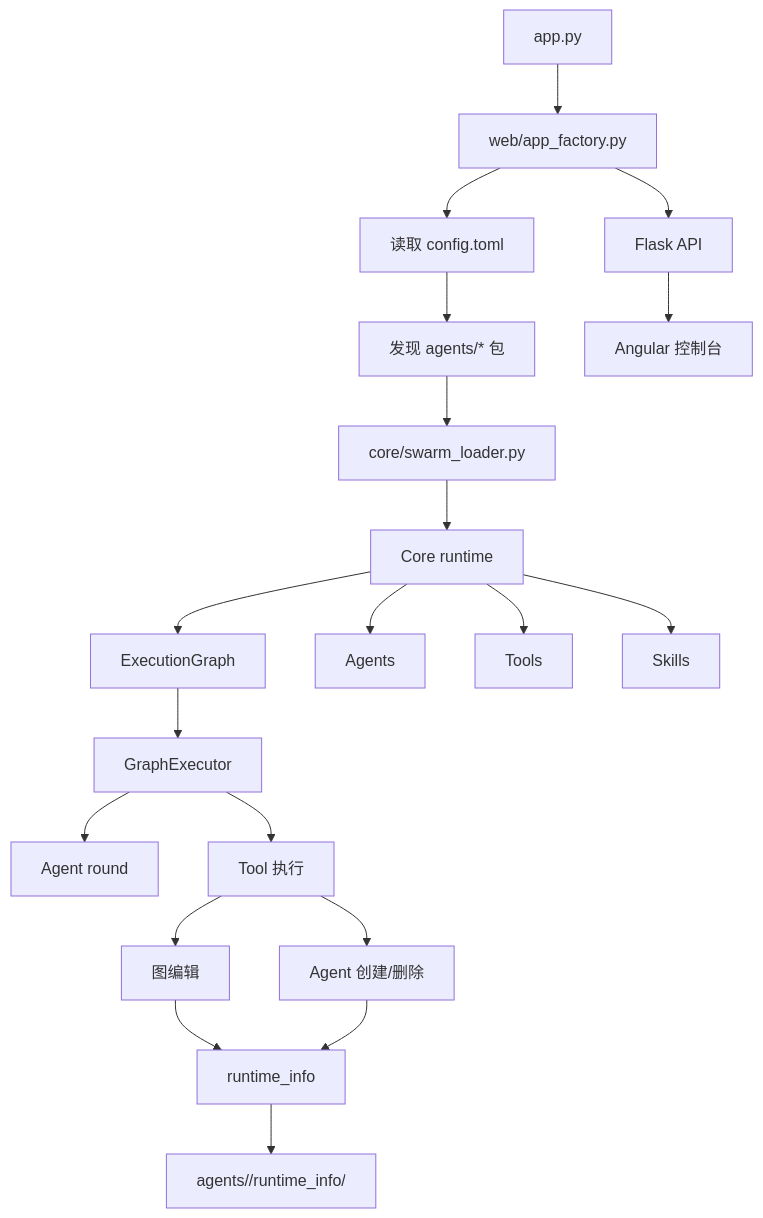
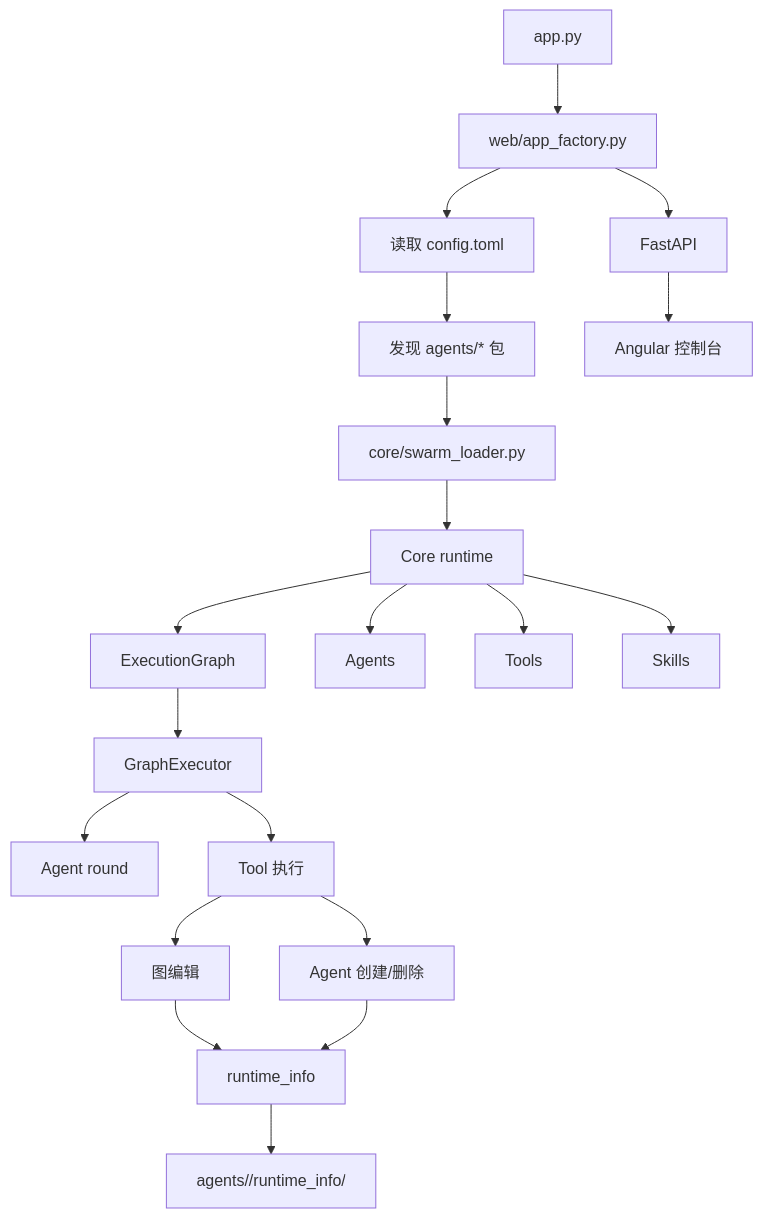
One commit to LunaticLegacy/luna-agent-base changed the diagram in README.md. Above: the diagram before and after it, drawn with Mermaid. The commit also changed other lines of this file and 14 other files, not shown here.

Commit message:
backend: change API framework to FastAPI.

````diff
--- a/README.md
+++ b/README.md
@@ -146,22 +146,22 @@
 ```mermaid
 flowchart TD
     A[app.py] --> B[web/app_factory.py]
     B --> C[读取 config.toml]
     C --> D[发现 agents/* 包]
     D --> E[core/swarm_loader.py]
     E --> F[Core runtime]
     F --> G[ExecutionGraph]
     F --> H[Agents]
     F --> I[Tools]
     F --> J[Skills]
     G --> K[GraphExecutor]
     K --> L[Agent round]
     K --> M[Tool 执行]
     M --> N[图编辑]
     M --> O[Agent 创建/删除]
     N --> P[runtime_info]
     O --> P
     P --> Q[agents/<swarm>/runtime_info/]
-    B --> R[Flask API]
+    B --> R[FastAPI]
     R --> S[Angular 控制台]
 ```
````
